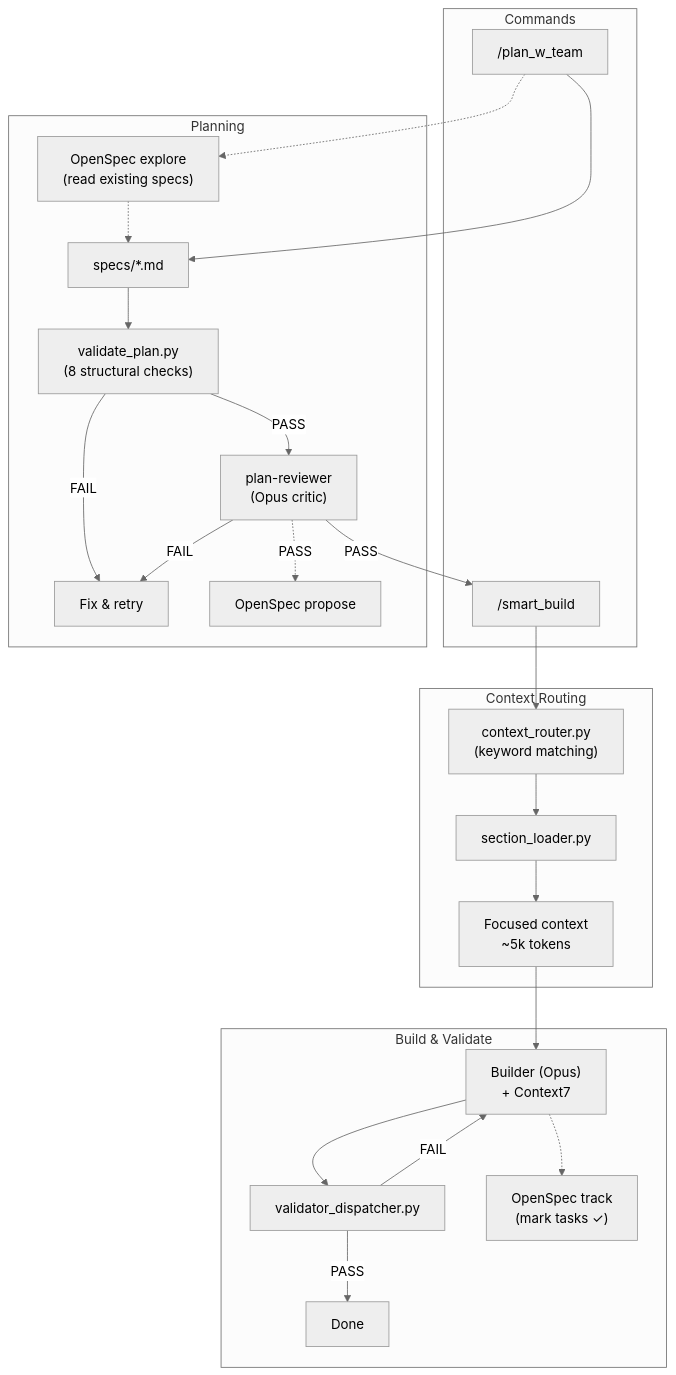
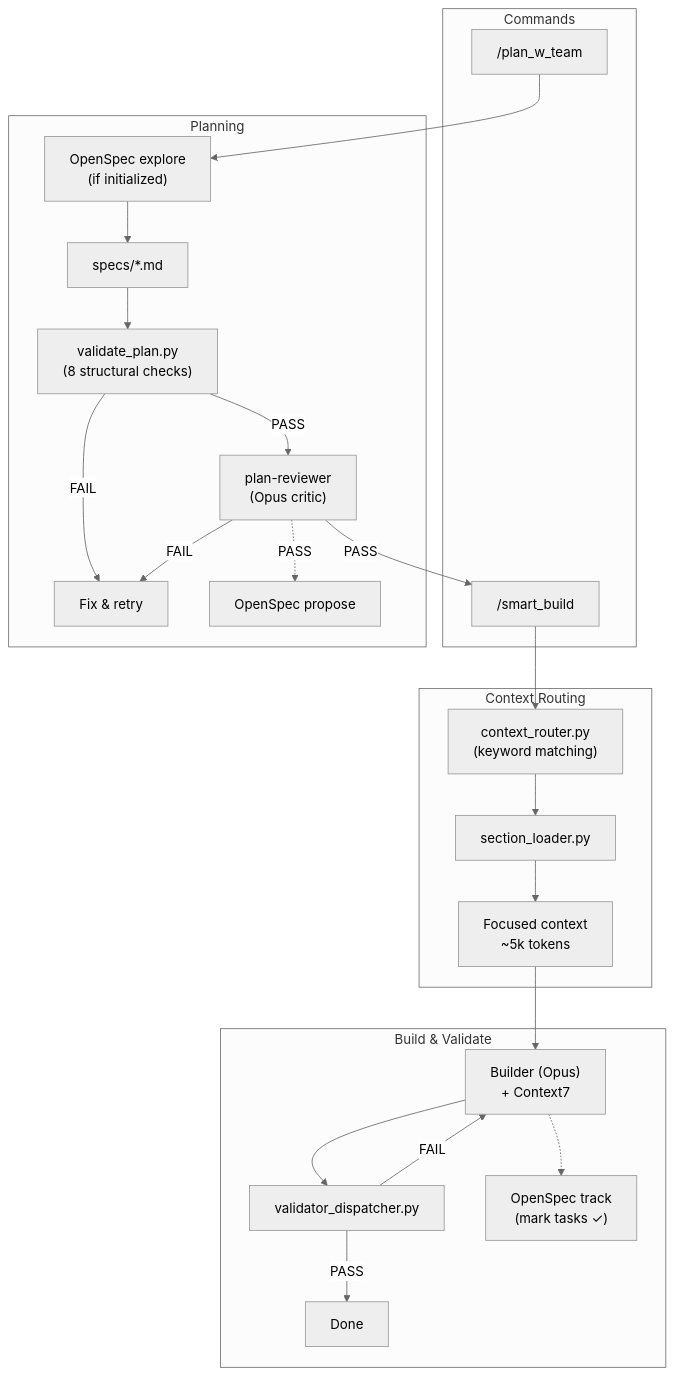
Before and after one commit to a-simeshin/claude-code-hooks-mastery: the diagram in README.md, drawn with Mermaid (neutral theme).

Commit message:
docs: Simplify diagram — single path through OpenSpec explore

````diff
--- a/README.md
+++ b/README.md
@@ -28,33 +28,32 @@
 ```mermaid
 flowchart TB
     subgraph Commands
         plan["/plan_w_team"]
         smart["/smart_build"]
     end
 
     subgraph Planning
-        plan -.-> osread["OpenSpec explore<br/>(read existing specs)"]
-        osread -.-> spec["specs/*.md"]
-        plan --> spec
+        plan --> osread["OpenSpec explore<br/>(if initialized)"]
+        osread --> spec["specs/*.md"]
         spec --> vp["validate_plan.py<br/>(8 structural checks)"]
         vp -->|PASS| pr["plan-reviewer<br/>(Opus critic)"]
         pr -->|PASS| smart
         vp -->|FAIL| fix["Fix & retry"]
         pr -->|FAIL| fix
         pr -.->|PASS| propose["OpenSpec propose"]
     end
 
     subgraph "Context Routing"
         smart --> cr["context_router.py<br/>(keyword matching)"]
         cr --> sl["section_loader.py"]
         sl --> ctx["Focused context<br/>~5k tokens"]
     end
 
     subgraph "Build & Validate"
         ctx --> builder["Builder (Opus)<br/>+ Context7"]
         builder --> vd["validator_dispatcher.py"]
         builder -.-> track["OpenSpec track<br/>(mark tasks ✓)"]
         vd -->|FAIL| builder
         vd -->|PASS| done["Done"]
     end
 ```
````
